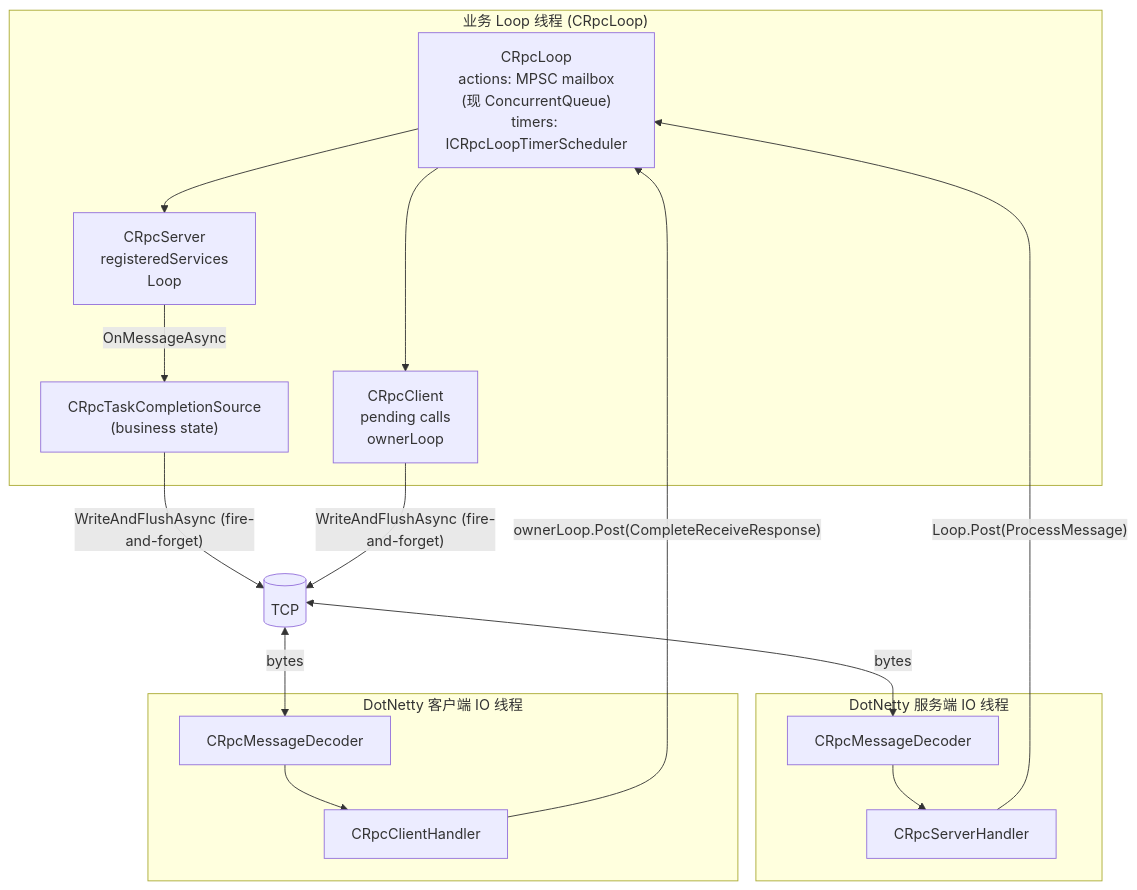
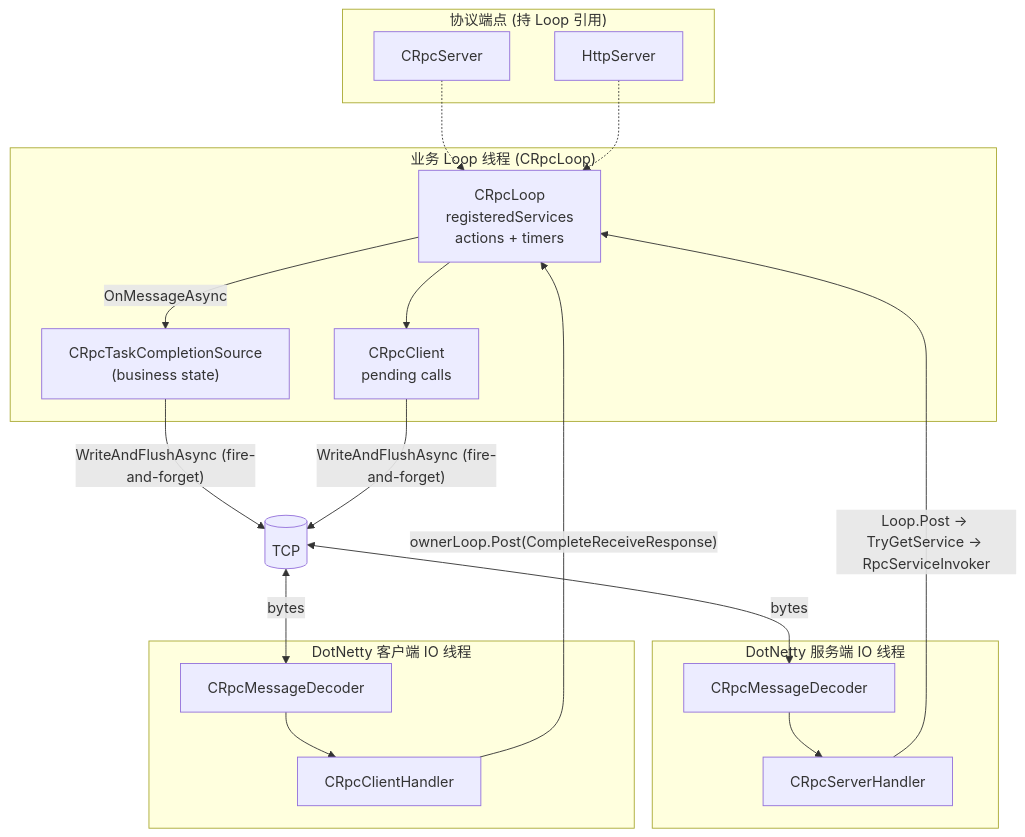
Before and after one commit to orientye/orientdotnet: the first of 4 diagrams in Doc/architecture-draft.md, drawn with Mermaid. The commit also changed other lines of this file, not shown here.

````diff
--- a/Doc/architecture-draft.md
+++ b/Doc/architecture-draft.md
@@ -124,32 +126,37 @@
 ```mermaid
 flowchart TB
     subgraph BusinessLoopThread["业务 Loop 线程 (CRpcLoop)"]
-        Loop["CRpcLoop<br/>actions: MPSC mailbox<br/>(现 ConcurrentQueue)<br/>timers: ICRpcLoopTimerScheduler"]
-        Server["CRpcServer<br/>registeredServices<br/>Loop"]
-        Client["CRpcClient<br/>pending calls<br/>ownerLoop"]
+        Loop["CRpcLoop<br/>registeredServices<br/>actions + timers"]
+        Client["CRpcClient<br/>pending calls"]
         TCS["CRpcTaskCompletionSource<br/>(business state)"]
+    end
+
+    subgraph Endpoints["协议端点 (持 Loop 引用)"]
+        CrpcSrv["CRpcServer"]
+        HttpSrv["HttpServer"]
     end
 
     subgraph NettyServer["DotNetty 服务端 IO 线程"]
         SH[CRpcServerHandler]
         DecS[CRpcMessageDecoder]
     end
 
     subgraph NettyClient["DotNetty 客户端 IO 线程"]
         CH[CRpcClientHandler]
         DecC[CRpcMessageDecoder]
     end
 
     Net[(TCP)]
 
+    CrpcSrv -.-> Loop
+    HttpSrv -.-> Loop
     Net <-- bytes --> DecS --> SH
-    SH -- "Loop.Post(ProcessMessage)" --> Loop
-    Loop --> Server
-    Server -- "OnMessageAsync" --> TCS
+    SH -- "Loop.Post → TryGetService → RpcServiceInvoker" --> Loop
+    Loop -- "OnMessageAsync" --> TCS
     TCS -- "WriteAndFlushAsync (fire-and-forget)" --> Net
 
     Net <-- bytes --> DecC --> CH
     CH -- "ownerLoop.Post(CompleteReceiveResponse)" --> Loop
     Loop --> Client
     Client -- "WriteAndFlushAsync (fire-and-forget)" --> Net
 ```
````
